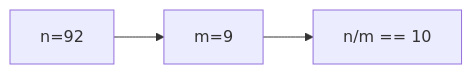
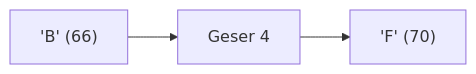
The fourth of 25 diagrams in part-c-pemahaman-cpp/01-tipe-data/latihan/set-07.md (amnahwaida/OSNK_INF_PREP), drawn with Mermaid before and after one commit. The commit also changed other lines of this file and 71 other files, not shown here.

````diff
--- a/part-c-pemahaman-cpp/01-tipe-data/latihan/set-07.md
+++ b/part-c-pemahaman-cpp/01-tipe-data/latihan/set-07.md
@@ -102,5 +108,5 @@
 ```mermaid
 graph LR
-A["n=92"] --> B["m=9"]
-B --> C["n/m == 10"]
+A["'B' (66)"] --> B["Geser 4"]
+B --> C["'F' (70)"]
 ```
````
